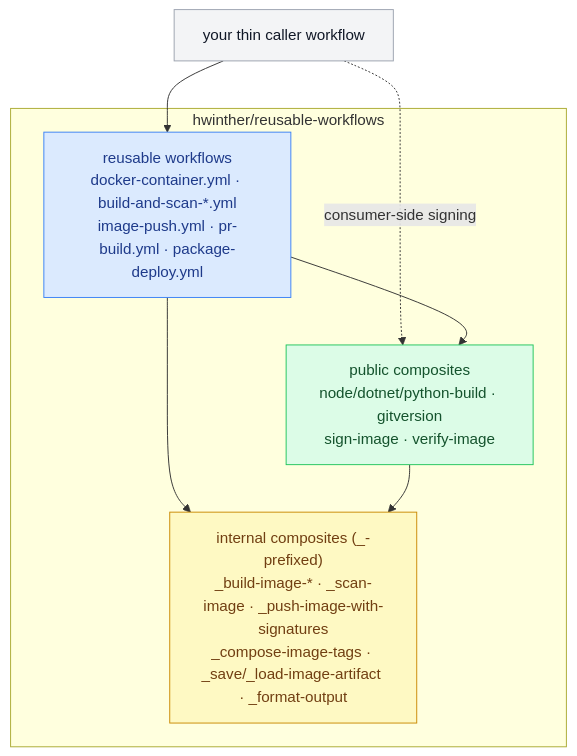
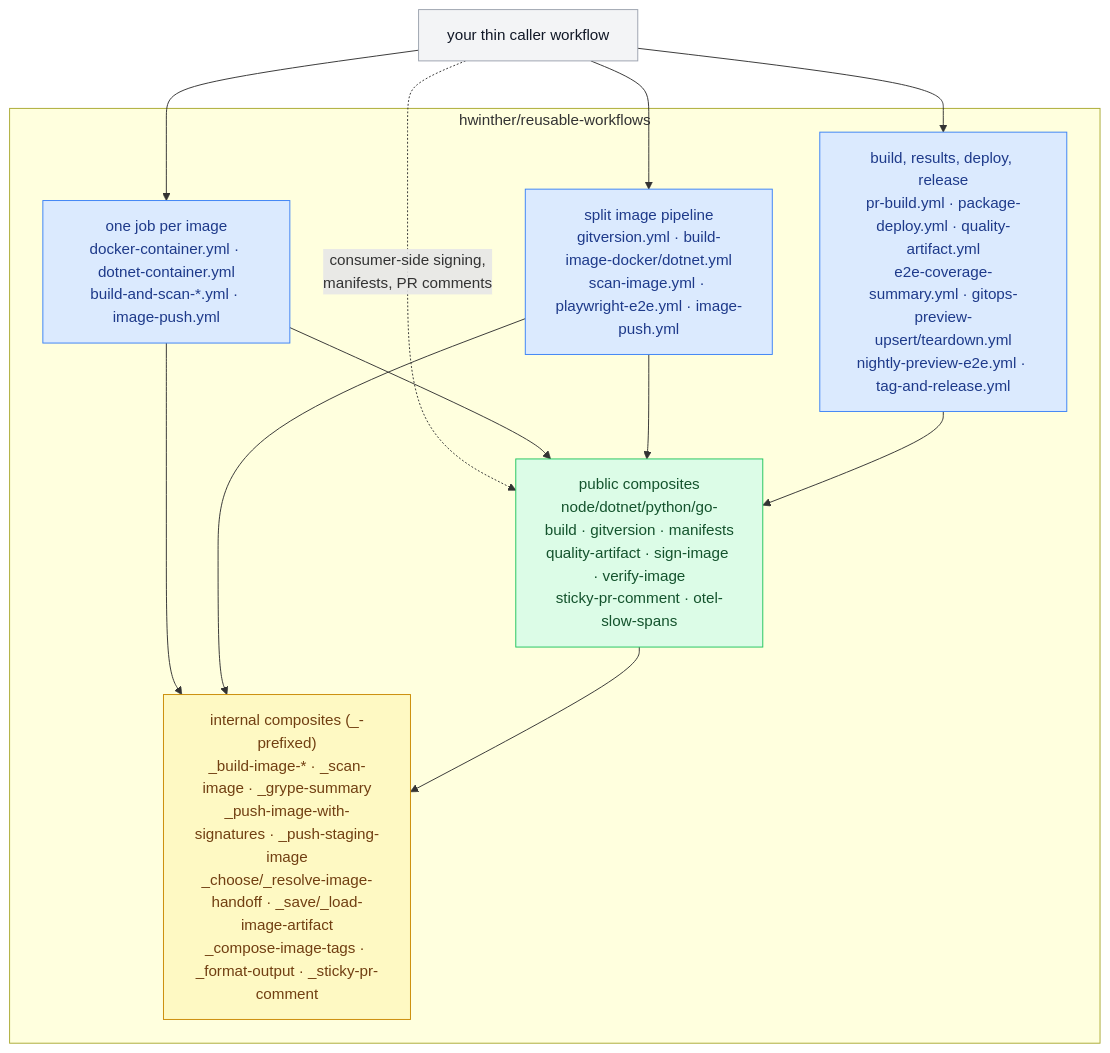
Before and after one commit to hwinther/reusable-workflows: the second of 14 diagrams in docs/consumer-topologies.md, drawn with Mermaid. The commit also changed other lines of this file, not shown here.

First line of the commit message:
docs: bring consumer-topologies up to date with the consumers (#254)

````diff
--- a/docs/consumer-topologies.md
+++ b/docs/consumer-topologies.md
@@ -49,18 +49,25 @@
 ```mermaid
 flowchart TD
   caller["your thin caller workflow"]:::cj
   subgraph lib["hwinther/reusable-workflows"]
-    rw["reusable workflows<br/>docker-container.yml · build-and-scan-*.yml<br/>image-push.yml · pr-build.yml · package-deploy.yml"]:::rw
-    pub["public composites<br/>node/dotnet/python-build · gitversion<br/>sign-image · verify-image"]:::ca
-    int["internal composites (_-prefixed)<br/>_build-image-* · _scan-image · _push-image-with-signatures<br/>_compose-image-tags · _save/_load-image-artifact · _format-output"]:::int
+    rw1["one job per image<br/>docker-container.yml · dotnet-container.yml<br/>build-and-scan-*.yml · image-push.yml"]:::rw
+    rw2["split image pipeline<br/>gitversion.yml · build-image-docker/dotnet.yml<br/>scan-image.yml · playwright-e2e.yml · image-push.yml"]:::rw
+    rw3["build, results, deploy, release<br/>pr-build.yml · package-deploy.yml · quality-artifact.yml<br/>e2e-coverage-summary.yml · gitops-preview-upsert/teardown.yml<br/>nightly-preview-e2e.yml · tag-and-release.yml"]:::rw
+    pub["public composites<br/>node/dotnet/python/go-build · gitversion · manifests<br/>quality-artifact · sign-image · verify-image<br/>sticky-pr-comment · otel-slow-spans"]:::ca
+    int["internal composites (_-prefixed)<br/>_build-image-* · _scan-image · _grype-summary<br/>_push-image-with-signatures · _push-staging-image<br/>_choose/_resolve-image-handoff · _save/_load-image-artifact<br/>_compose-image-tags · _format-output · _sticky-pr-comment"]:::int
   end
-  caller --> rw
-  caller -. consumer-side signing .-> pub
-  rw --> pub
-  rw --> int
+  caller --> rw1
+  caller --> rw2
+  caller --> rw3
+  caller -. "consumer-side signing,<br/>manifests, PR comments" .-> pub
+  rw1 --> pub
+  rw2 --> pub
+  rw3 --> pub
+  rw1 --> int
+  rw2 --> int
   pub --> int
   classDef cj fill:#f3f4f6,stroke:#9ca3af,color:#111827
   classDef rw fill:#dbeafe,stroke:#3b82f6,color:#1e3a8a
   classDef ca fill:#dcfce7,stroke:#22c55e,color:#14532d
   classDef int fill:#fef9c3,stroke:#ca8a04,color:#713f12
 ```
````
